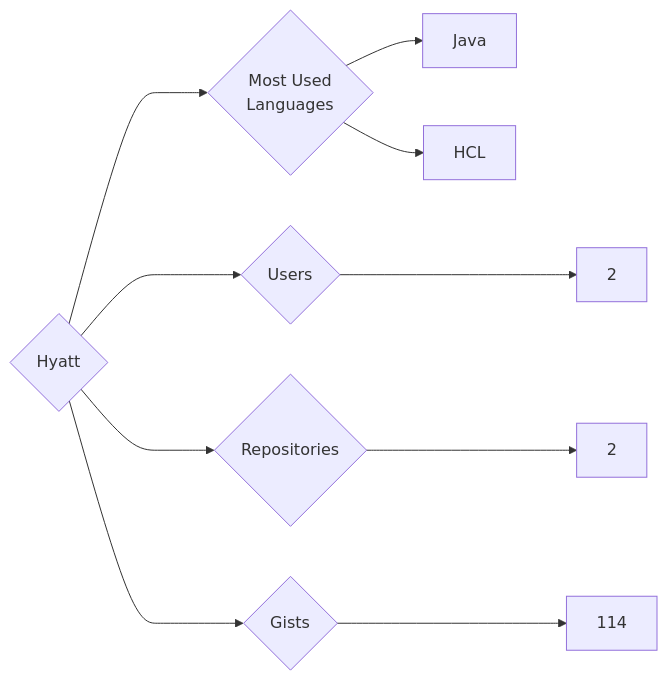
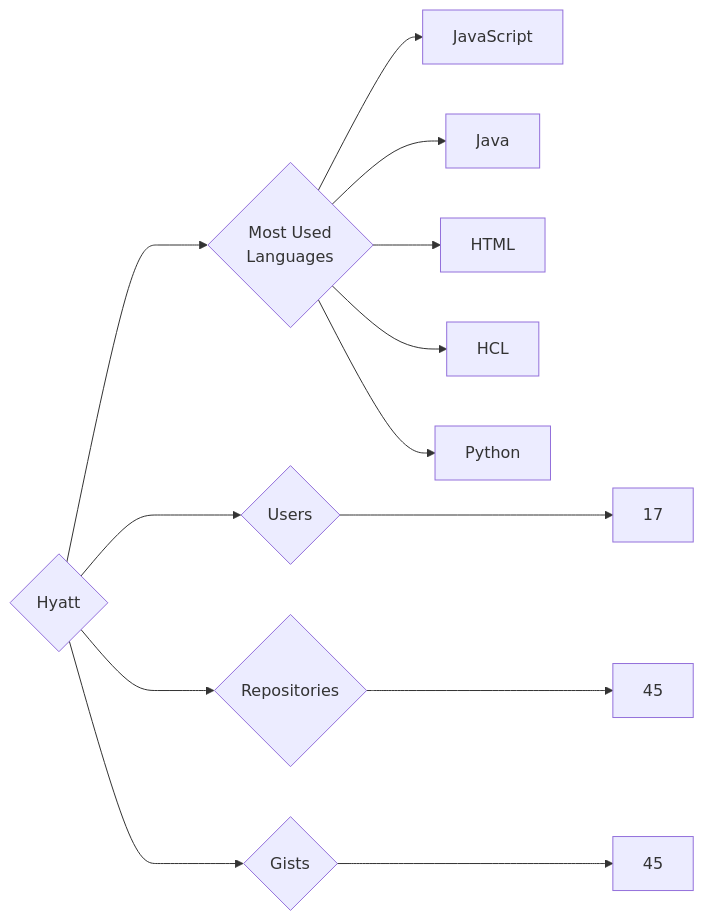
Before and after one commit to trickest/insiders: the diagram in targets/Hyatt/README.md, drawn with Mermaid. The commit also changed 861 other files, not shown here.

````diff
--- a/targets/Hyatt/README.md
+++ b/targets/Hyatt/README.md
@@ -3,10 +3,13 @@
 ```mermaid
 graph LR
 COMPANY_NAME{Hyatt}
-COMPANY_NAME ---> U{Users} ---> UN[2]
-COMPANY_NAME ---> R{Repositories} ---> RN[2]
-COMPANY_NAME ---> G{Gists} ---> GN[114]
+COMPANY_NAME ---> U{Users} ---> UN[17]
+COMPANY_NAME ---> R{Repositories} ---> RN[45]
+COMPANY_NAME ---> G{Gists} ---> GN[45]
 COMPANY_NAME ---> ML{Most Used<br>Languages}
+ML --> JavaScript[JavaScript]
 ML --> Java[Java]
+ML --> HTML[HTML]
 ML --> HCL[HCL]
+ML --> Python[Python]
 ```
````
